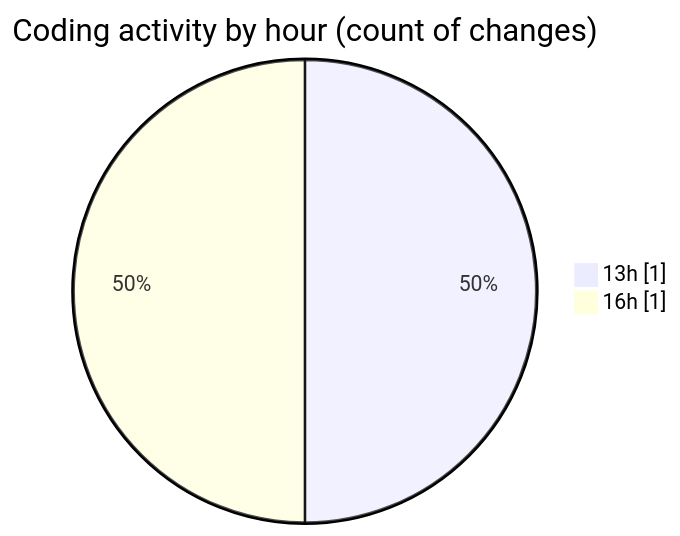
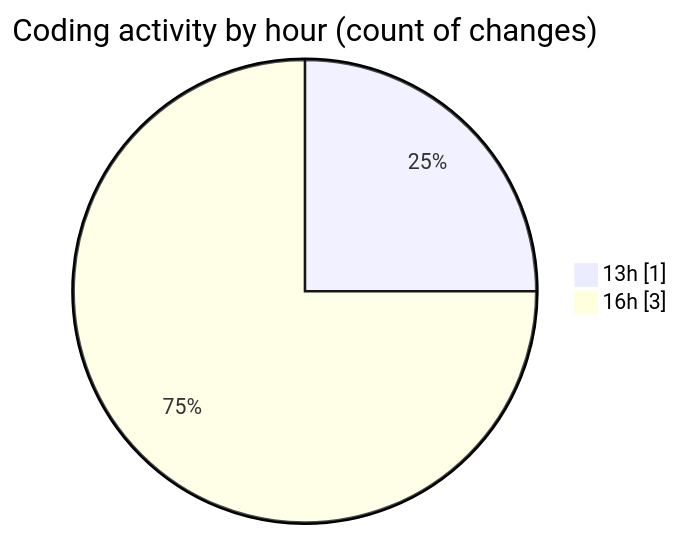
The second of 2 diagrams in 2026-10-20/cilreports__workspace_/README.md (ricardozamudiocil/code-tracking), drawn with Mermaid before and after one commit. The commit also changed other lines of this file and 1 other file, not shown here.

````diff
--- a/2026-10-20/cilreports__workspace_/README.md
+++ b/2026-10-20/cilreports__workspace_/README.md
@@ -28,6 +31,6 @@
 ```mermaid
 pie showData
 title Coding activity by hour (count of changes)
 "13h" : 1
-"16h" : 1
+"16h" : 3
 ```
````
